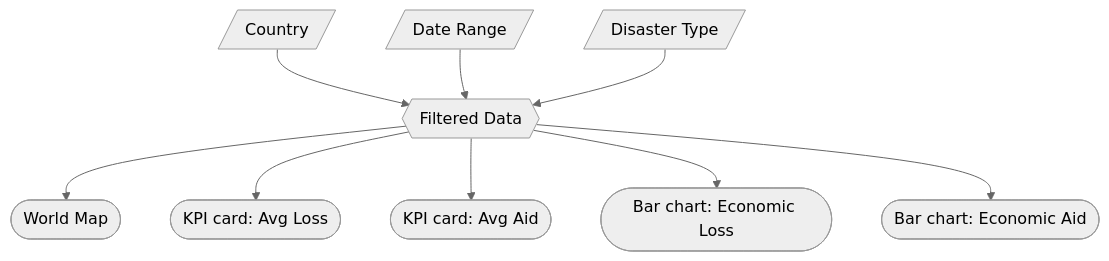
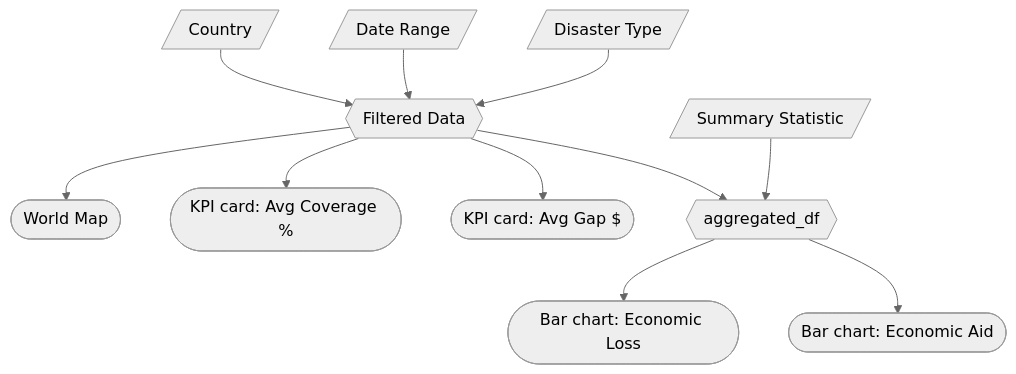
Before and after one commit to UBC-MDS/DSCI-532_2026_18_disasterdash: the diagram in reports/m2_spec.md, drawn with Mermaid (neutral theme). The commit also changed other lines of this file, not shown here.

Commit message:
fix reactivity diagram to include summary stat and aggregated_df

````diff
--- a/reports/m2_spec.md
+++ b/reports/m2_spec.md
@@ -33,11 +33,13 @@
 ```mermaid
 flowchart TD
     A[/Country/] --> F{{Filtered Data}}
     B[/Date Range/] --> F
     C[/Disaster Type/] --> F
-    F --> P1([World Map])
-    F --> P2([KPI card: Avg Loss])
-    F --> P3([KPI card: Avg Aid])
-    F --> P4([Bar chart: Economic Loss])
-    F --> P5([Bar chart: Economic Aid])
+    F --> M([World Map])
+    F --> K1([KPI card: Avg Coverage %])
+    F --> K2([KPI card: Avg Gap $])
+    F --> G{{aggregated_df}}
+    D[/Summary Statistic/] --> G
+    G --> P1([Bar chart: Economic Loss])
+    G --> P2([Bar chart: Economic Aid])
 ```
````
